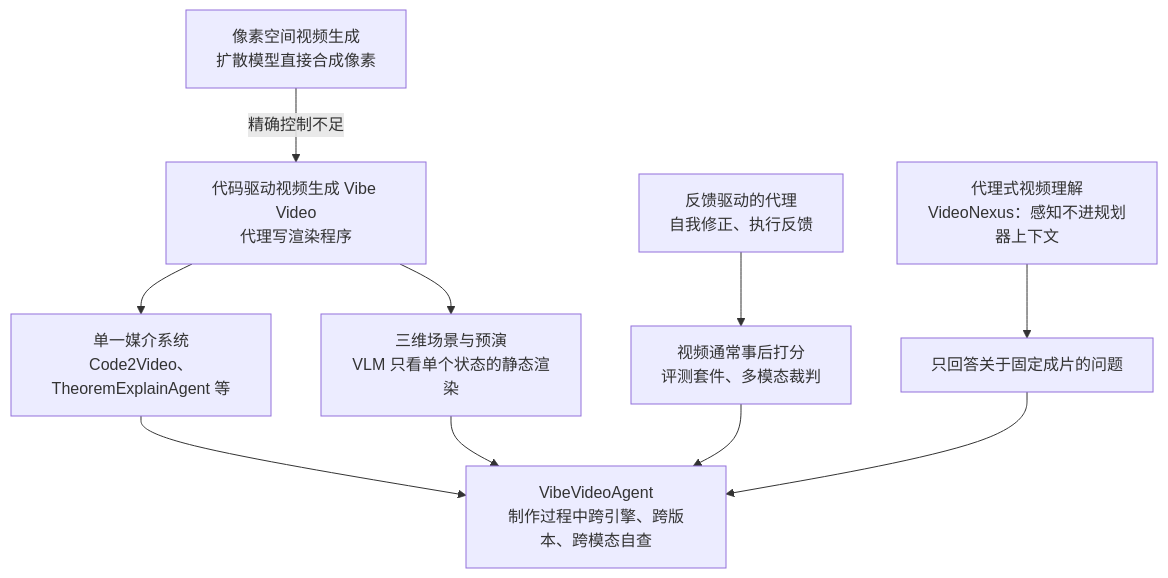
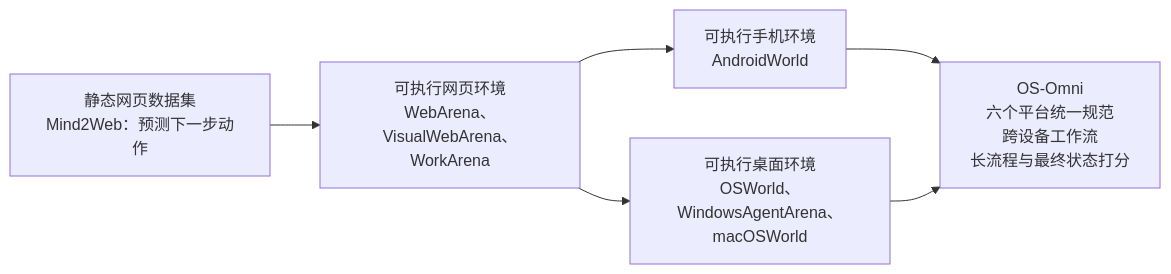
Before and after one commit to yingwang/paper-reads: the first of 7 diagrams in docs/index.md, drawn with Mermaid. The commit also changed other lines of this file and 2 other files, not shown here.

First line of the commit message:
Add 2026-11-27-os-omni-cross-platform-computer-using-agents

````diff
--- a/docs/index.md
+++ b/docs/index.md
@@ -93,12 +60,8 @@
 ```mermaid
-flowchart TD
-    A["像素空间视频生成<br/>扩散模型直接合成像素"] -->|"精确控制不足"| B["代码驱动视频生成 Vibe Video<br/>代理写渲染程序"]
-    B --> C["单一媒介系统<br/>Code2Video、TheoremExplainAgent 等"]
-    B --> D["三维场景与预演<br/>VLM 只看单个状态的静态渲染"]
-    E["反馈驱动的代理<br/>自我修正、执行反馈"] --> F["视频通常事后打分<br/>评测套件、多模态裁判"]
-    G["代理式视频理解<br/>VideoNexus：感知不进规划器上下文"] --> H["只回答关于固定成片的问题"]
-    C --> I["VibeVideoAgent<br/>制作过程中跨引擎、跨版本、跨模态自查"]
-    D --> I
-    F --> I
-    H --> I
+flowchart LR
+    A["静态网页数据集<br/>Mind2Web：预测下一步动作"] --> B["可执行网页环境<br/>WebArena、VisualWebArena、WorkArena"]
+    B --> C["可执行手机环境<br/>AndroidWorld"]
+    B --> D["可执行桌面环境<br/>OSWorld、WindowsAgentArena、macOSWorld"]
+    C --> E["OS-Omni<br/>六个平台统一规范<br/>跨设备工作流<br/>长流程与最终状态打分"]
+    D --> E
 ```
````
